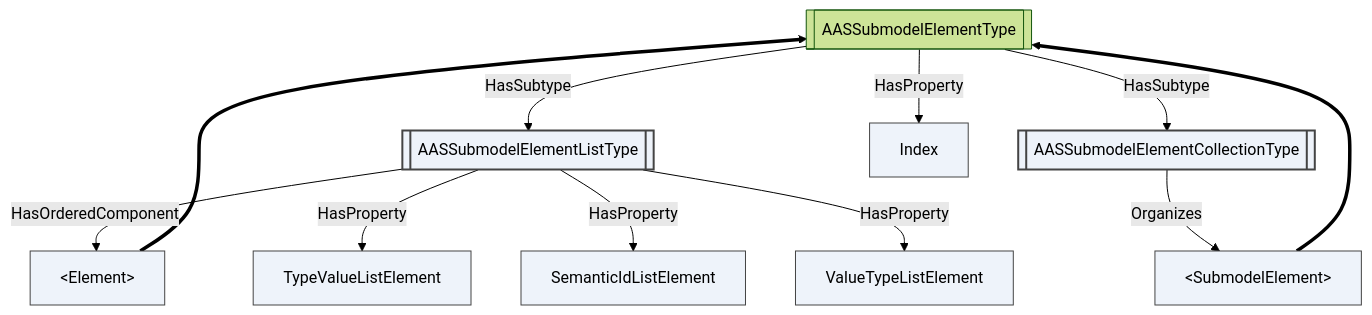
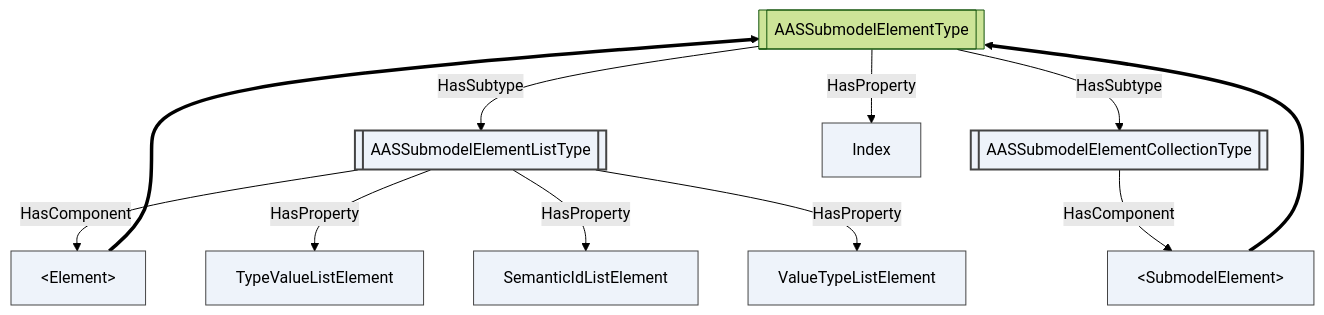
The ninth of 15 diagrams in companion-specs/AAS/OPC-UA-AAS.md (marcschier/opcua-drafts), drawn with Mermaid (forest theme) before and after one commit. The commit also changed other lines of this file and 307 other files, not shown here.

````diff
--- a/companion-specs/AAS/OPC-UA-AAS.md
+++ b/companion-specs/AAS/OPC-UA-AAS.md
@@ -758,28 +807,28 @@
 ```mermaid
 flowchart TD
   SET[[AASSubmodelElementType]]:::objecttype,abstract
   SEL[[AASSubmodelElementListType]]:::objecttype
   SEC[[AASSubmodelElementCollectionType]]:::objecttype
   ELM[&lt;Element&gt;]:::object
   SUB[&lt;SubmodelElement&gt;]:::object
   TVL[TypeValueListElement]:::variable
   SIL[SemanticIdListElement]:::variable
   VTL[ValueTypeListElement]:::variable
   IDX[Index]:::variable
 
   SET -->|HasSubtype| SEL
   SET -->|HasSubtype| SEC
   SET -->|HasProperty| IDX
-  SEL -->|HasOrderedComponent| ELM
-  SEC -->|Organizes| SUB
+  SEL -->|HasComponent| ELM
+  SEC -->|HasComponent| SUB
   ELM ==> SET
   SUB ==> SET
   SEL -->|HasProperty| TVL
   SEL -->|HasProperty| SIL
   SEL -->|HasProperty| VTL
 
   classDef object fill:#eef3fa,stroke:#444
   classDef variable fill:#eef3fa,stroke:#444
   classDef objecttype fill:#eef3fa,stroke:#444,stroke-width:2px
   classDef abstract fill:#eef3fa,stroke:#444,stroke-width:2px,font-style:italic
 ```
````
